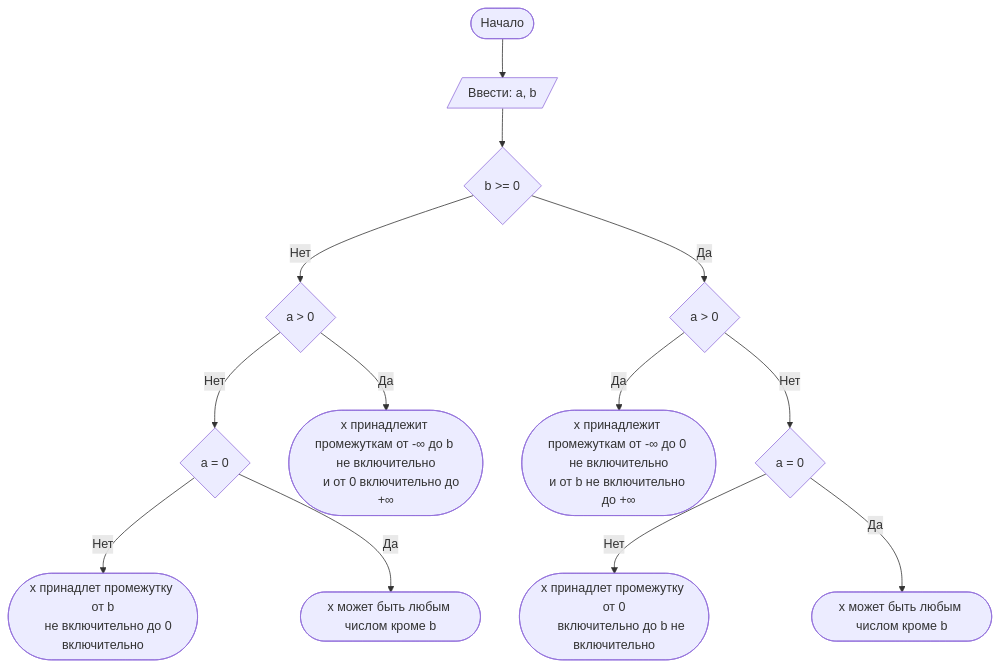
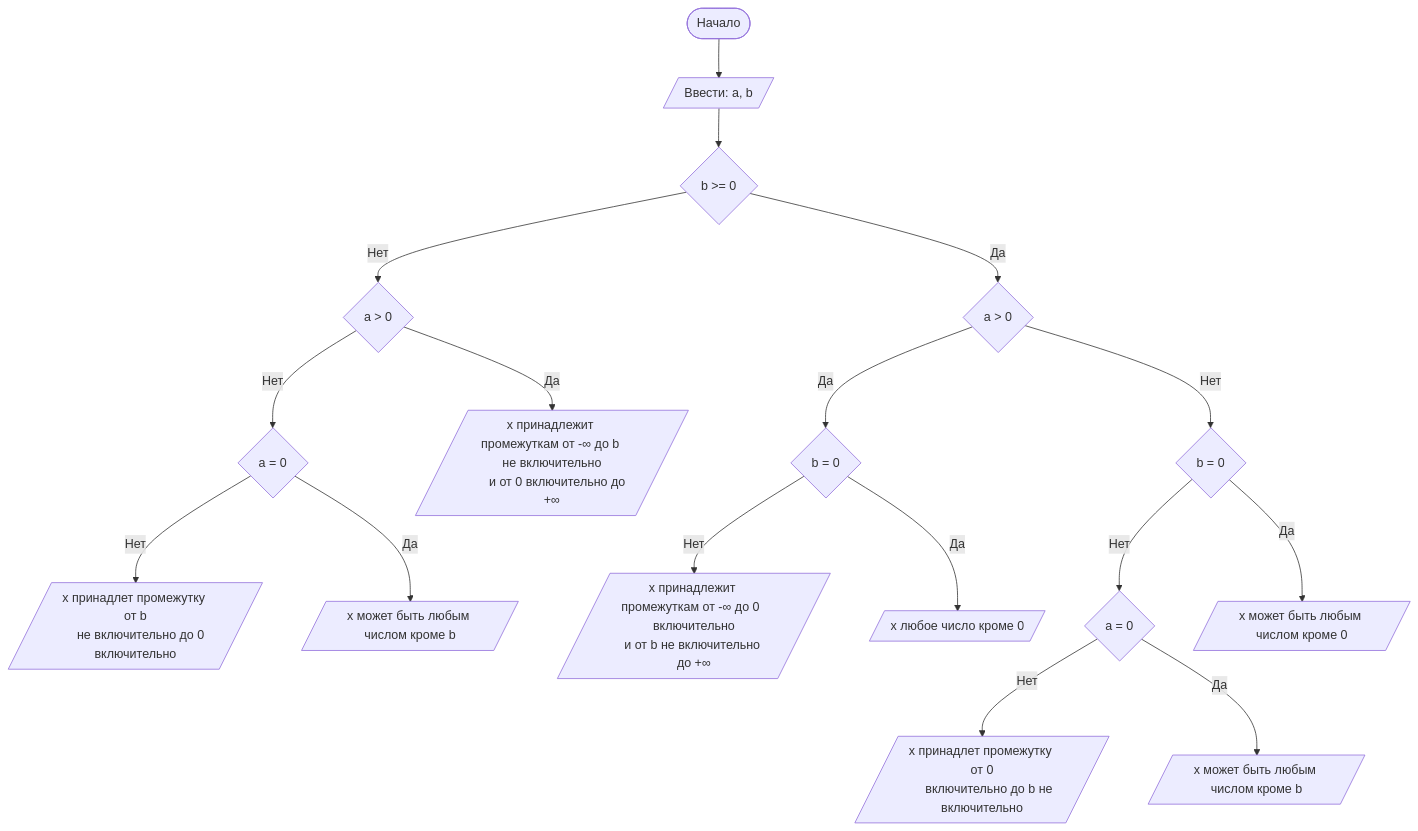
Before and after one commit to nerv146/Lab1: the diagram in README.md, drawn with Mermaid.

````diff
--- a/README.md
+++ b/README.md
@@ -74,19 +74,22 @@
 ```mermaid
 graph TD
     A([Начало]) --> B[/Ввести: a, b/]
     B --> C{b >= 0}
-    C -- Нет --> D{a > 0}
+    C-- Нет --> D{a > 0}
     D -- Нет --> E{a = 0}
-    D -- Да --> R([x принадлежит промежуткам от -∞ до b не включительно
-    и от 0 включительно до +∞]) 
-    E -- Нет --> F([x принадлет промежутку от b
-    не включительно до 0 включительно ])
-    E -- Да --> G([x может быть любым числом кроме b])
-    C -- Да --> H{a > 0}
-    H -- Да --> J([x принадлежит промежуткам от -∞ до 0 не включительно
-и от b не включительно до +∞ ])
-    H -- Нет --> I{a = 0}
-    I -- Нет --> Z([x принадлет промежутку от 0
-     включительно до b не включительно ])
-    I -- Да --> X([x может быть любым числом кроме b])
+    D -- Да --> R[/x принадлежит промежуткам от -∞ до b не включительно
+    и от 0 включительно до +∞/]
+    E -- Нет --> F[/x принадлет промежутку от b
+    не включительно до 0 включительно /]
+    E -- Да --> G[/x может быть любым числом кроме b/]
+    C -- Да --> H{a > 0} --Да--> WW{b = 0}
+WW{b = 0} --Нет--> J[/x принадлежит промежуткам от -∞ до 0  включительно
+и от b не включительно до +∞ /]
+WW --Да--> QQ[/x любое число кроме 0/]
+    H -- Нет --> I{b = 0}
+    I -- Нет --> II{a = 0} -- Нет --> Z[/x принадлет промежутку от 0
+     включительно до b не включительно /]
+     II -- Да --> EE[/х может быть любым числом кроме b/]
+   
+    I -- Да -->X[/x может быть любым числом кроме 0 /]
 ```
````
